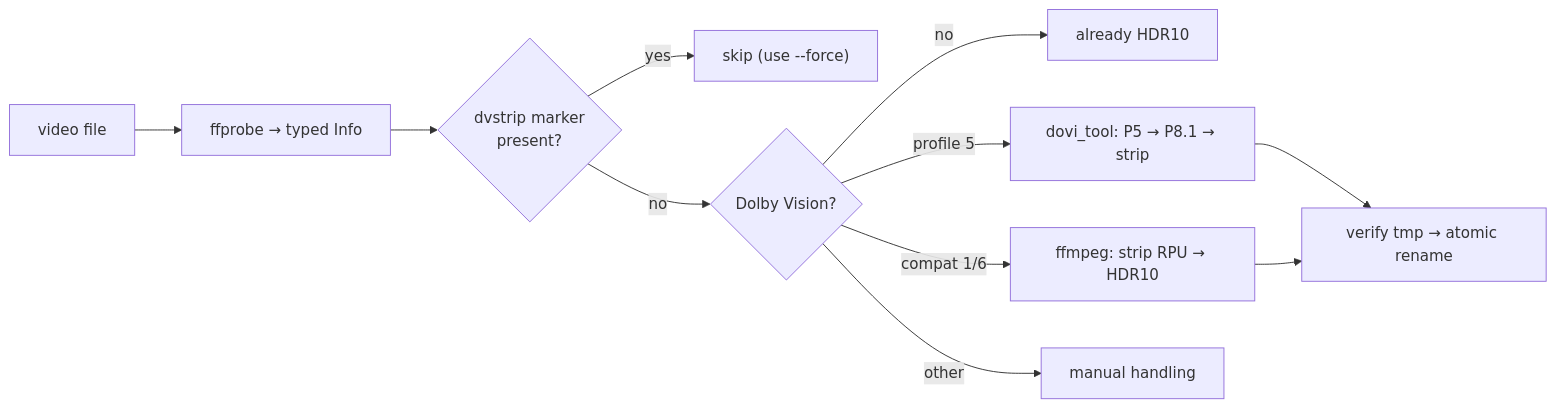
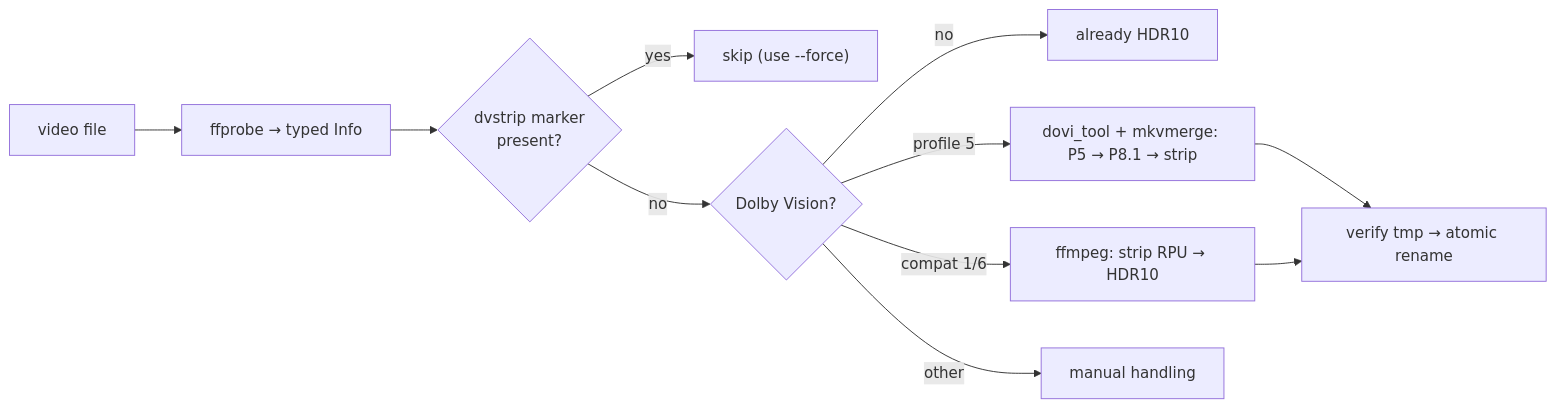
Before and after one commit to Belphemur/dvstrip: the diagram in README.md, drawn with Mermaid. The commit also changed other lines of this file and 12 other files, not shown here.

````diff
--- a/README.md
+++ b/README.md
@@ -50,13 +50,13 @@
 ```mermaid
 flowchart LR
     IN["video file"] --> PR["ffprobe → typed Info"]
     PR --> MK{"dvstrip marker<br/>present?"}
     MK -->|"yes"| SKIP1["skip (use --force)"]
     MK -->|"no"| DV{"Dolby Vision?"}
     DV -->|"no"| SKIP2["already HDR10"]
-    DV -->|"profile 5"| CV["dovi_tool: P5 → P8.1 → strip"]
+    DV -->|"profile 5"| CV["dovi_tool + mkvmerge: P5 → P8.1 → strip"]
     DV -->|"compat 1/6"| ST["ffmpeg: strip RPU → HDR10"]
     DV -->|"other"| MAN["manual handling"]
     CV --> PB["verify tmp → atomic rename"]
     ST --> PB
 ```
````
